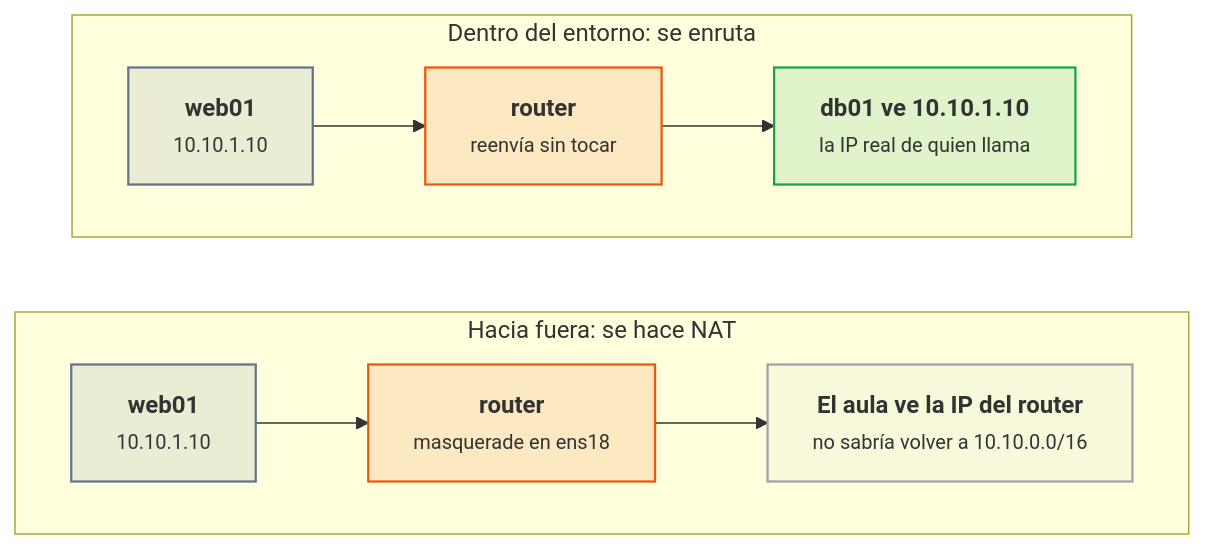
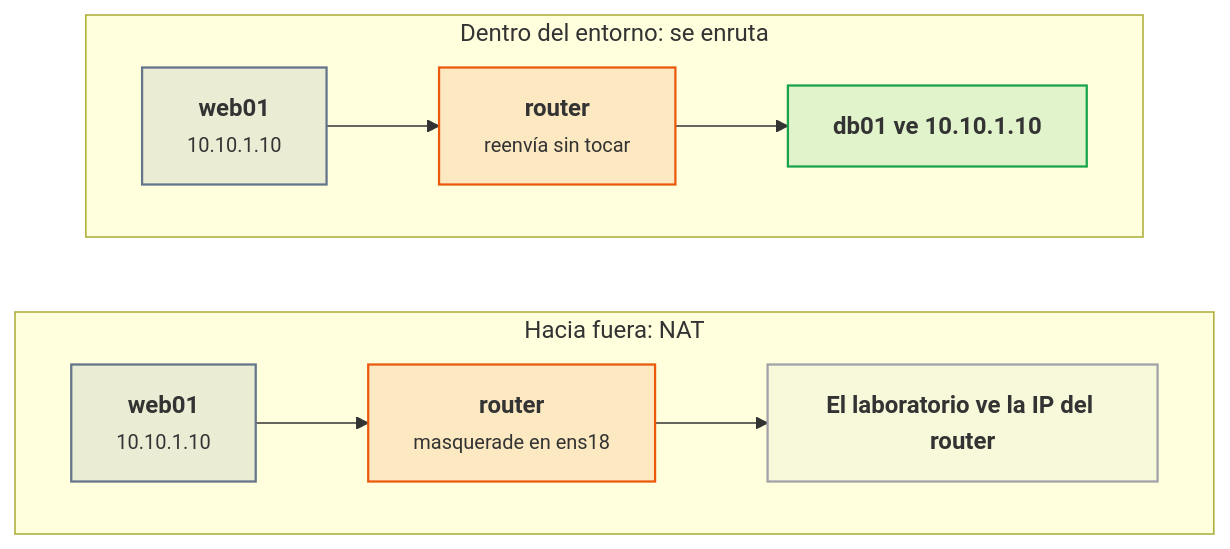
Before and after one commit to victor-educ/apuntes-5166: the second of 3 diagrams in docs/ut/ut2-vpc.md, drawn with Mermaid. The commit also changed other lines of this file and 4 other files, not shown here.

````diff
--- a/docs/ut/ut2-vpc.md
+++ b/docs/ut/ut2-vpc.md
@@ -413,24 +293,22 @@
 ```mermaid
 flowchart TB
     subgraph DENTRO["Dentro del entorno: se enruta"]
         direction LR
         W["<b>web01</b><br><small>10.10.1.10</small>"]:::pieza
         RT["<b>router</b><br><small>reenvía sin tocar</small>"]:::act
-        DB["<b>db01 ve 10.10.1.10</b><br><small>la IP real de quien llama</small>"]:::ok
+        DB["<b>db01 ve 10.10.1.10</b>"]:::ok
         W --> RT --> DB
     end
-    subgraph FUERA["Hacia fuera: se hace NAT"]
+    subgraph FUERA["Hacia fuera: NAT"]
         direction LR
         W2["<b>web01</b><br><small>10.10.1.10</small>"]:::pieza
         RT2["<b>router</b><br><small>masquerade en ens18</small>"]:::act
-        NET["<b>El aula ve la IP del router</b><br><small>no sabría volver a 10.10.0.0/16</small>"]:::infra
+        NET["<b>El laboratorio ve la IP del router</b>"]:::infra
         W2 --> RT2 --> NET
     end
     DENTRO ~~~ FUERA
     classDef act fill:#ea580c22,stroke:#ea580c,stroke-width:1.5px
     classDef pieza fill:#64748b22,stroke:#64748b,stroke-width:1.5px
-    classDef dato fill:#2563eb22,stroke:#2563eb,stroke-width:1.5px
     classDef infra fill:#a1a1aa14,stroke:#a1a1aa,stroke-width:1.5px
     classDef ok fill:#16a34a22,stroke:#16a34a,stroke-width:1.5px
-    classDef riesgo fill:#dc262622,stroke:#dc2626,stroke-width:1.5px
 ```
````
